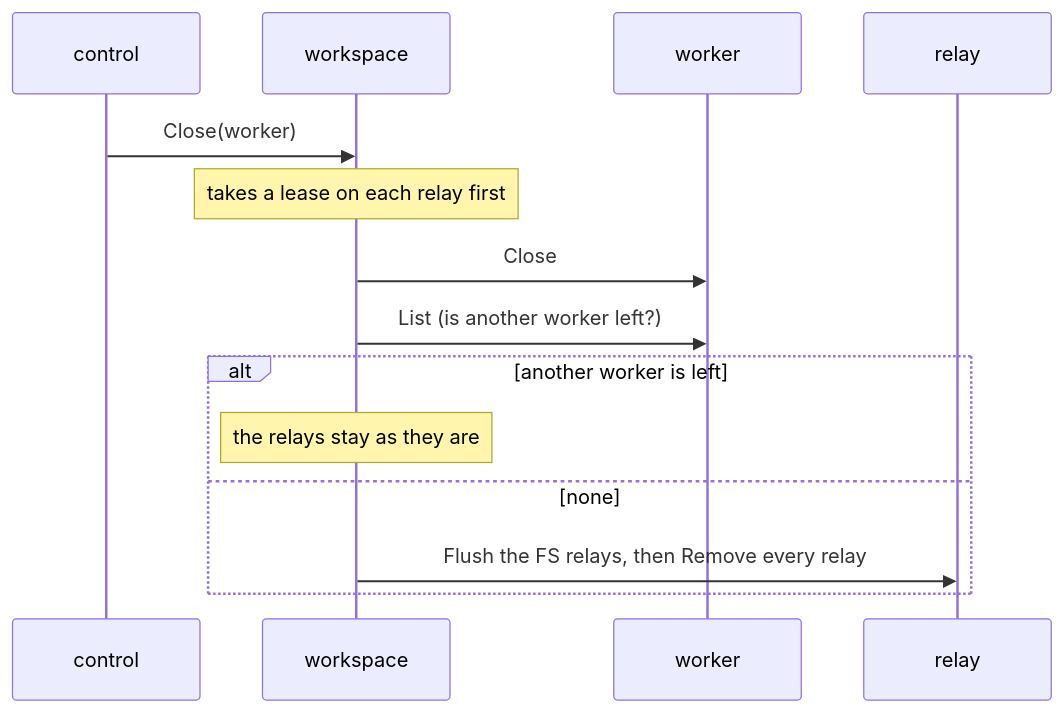
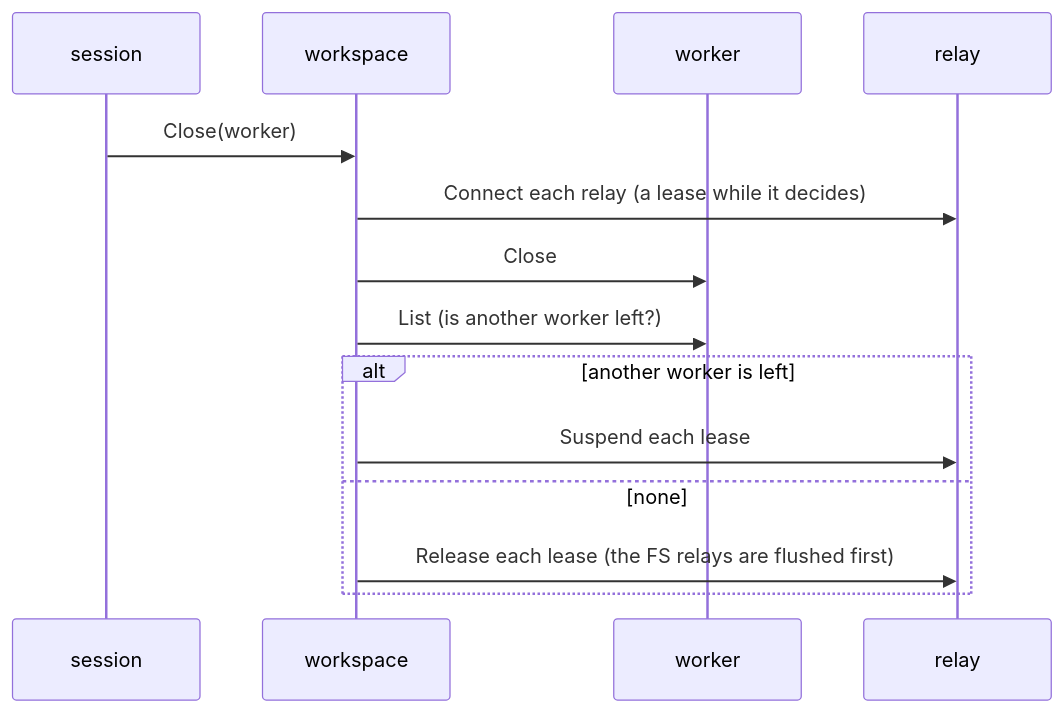
One commit to zerlok/hermod changed diagram 14 of 15 in docs/ARCHITECTURE.md. Above: the diagram before and after it, drawn with Mermaid. The commit also changed other lines of this file and 12 other files, not shown here.

First line of the commit message:
docs(air): sync architecture and the add-air-bridge change with the draft

````diff
--- a/docs/ARCHITECTURE.md
+++ b/docs/ARCHITECTURE.md
@@ -659,16 +973,16 @@
 ```mermaid
 sequenceDiagram
-    participant control
+    participant session
     participant workspace
     participant worker
     participant relay
-    control ->> workspace: Close(worker)
-    Note over workspace: takes a lease on each relay first
+    session ->> workspace: Close(worker)
+    workspace ->> relay: Connect each relay (a lease while it decides)
     workspace ->> worker: Close
     workspace ->> worker: List (is another worker left?)
     alt another worker is left
-        Note over workspace: the relays stay as they are
+        workspace ->> relay: Suspend each lease
     else none
-        workspace ->> relay: Flush the FS relays, then Remove every relay
+        workspace ->> relay: Release each lease (the FS relays are flushed first)
     end
 ```
````
